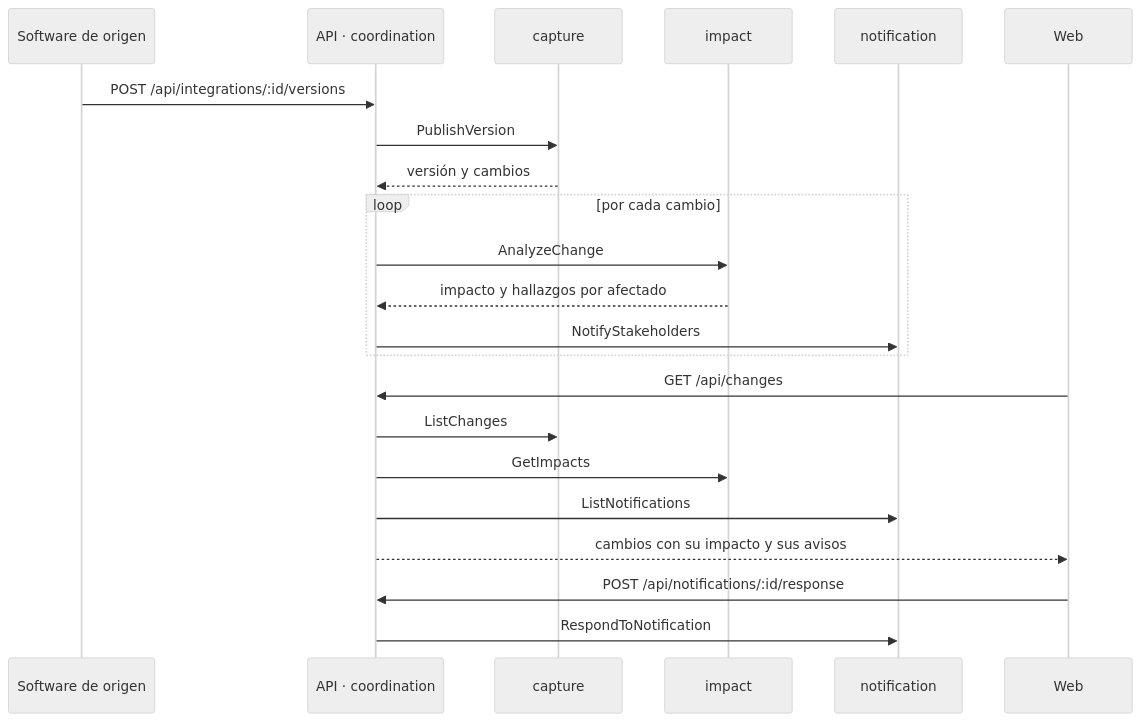
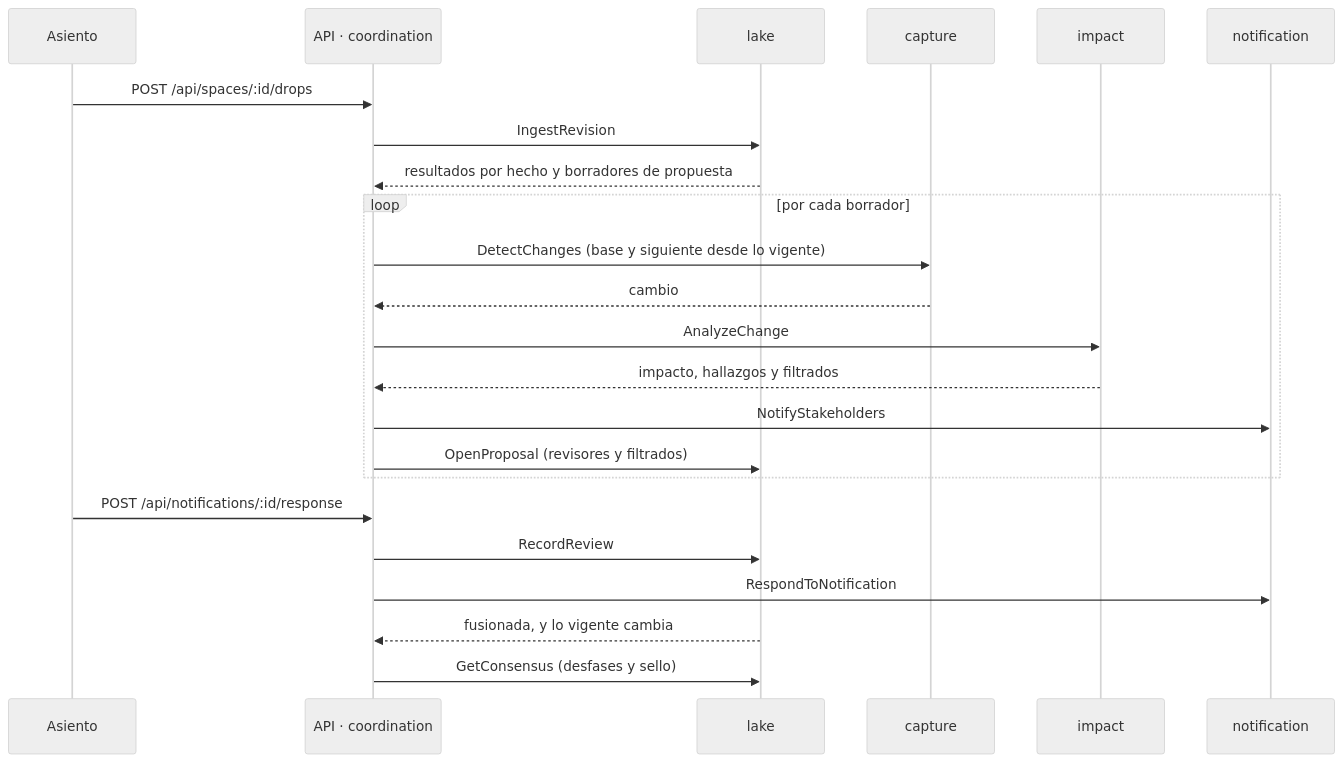
The second of 2 diagrams in docs/arquitectura.md (platanus-hack/platanus-hack-26-cl-team-27), drawn with Mermaid (neutral theme) before and after one commit. The commit also changed other lines of this file and 96 other files, not shown here.

````diff
--- a/docs/arquitectura.md
+++ b/docs/arquitectura.md
@@ -90,24 +91,25 @@
 ```mermaid
 sequenceDiagram
-  participant O as Software de origen
+  participant S as Asiento
   participant A as API · coordination
+  participant L as lake
   participant C as capture
   participant I as impact
   participant N as notification
-  participant W as Web
-  O->>A: POST /api/integrations/:id/versions
-  A->>C: PublishVersion
-  C-->>A: versión y cambios
-  loop por cada cambio
+  S->>A: POST /api/spaces/:id/drops
+  A->>L: IngestRevision
+  L-->>A: resultados por hecho y borradores de propuesta
+  loop por cada borrador
+    A->>C: DetectChanges (base y siguiente desde lo vigente)
+    C-->>A: cambio
     A->>I: AnalyzeChange
-    I-->>A: impacto y hallazgos por afectado
+    I-->>A: impacto, hallazgos y filtrados
     A->>N: NotifyStakeholders
+    A->>L: OpenProposal (revisores y filtrados)
   end
-  W->>A: GET /api/changes
-  A->>C: ListChanges
-  A->>I: GetImpacts
-  A->>N: ListNotifications
-  A-->>W: cambios con su impacto y sus avisos
-  W->>A: POST /api/notifications/:id/response
+  S->>A: POST /api/notifications/:id/response
+  A->>L: RecordReview
   A->>N: RespondToNotification
+  L-->>A: fusionada, y lo vigente cambia
+  A->>L: GetConsensus (desfases y sello)
 ```
````
